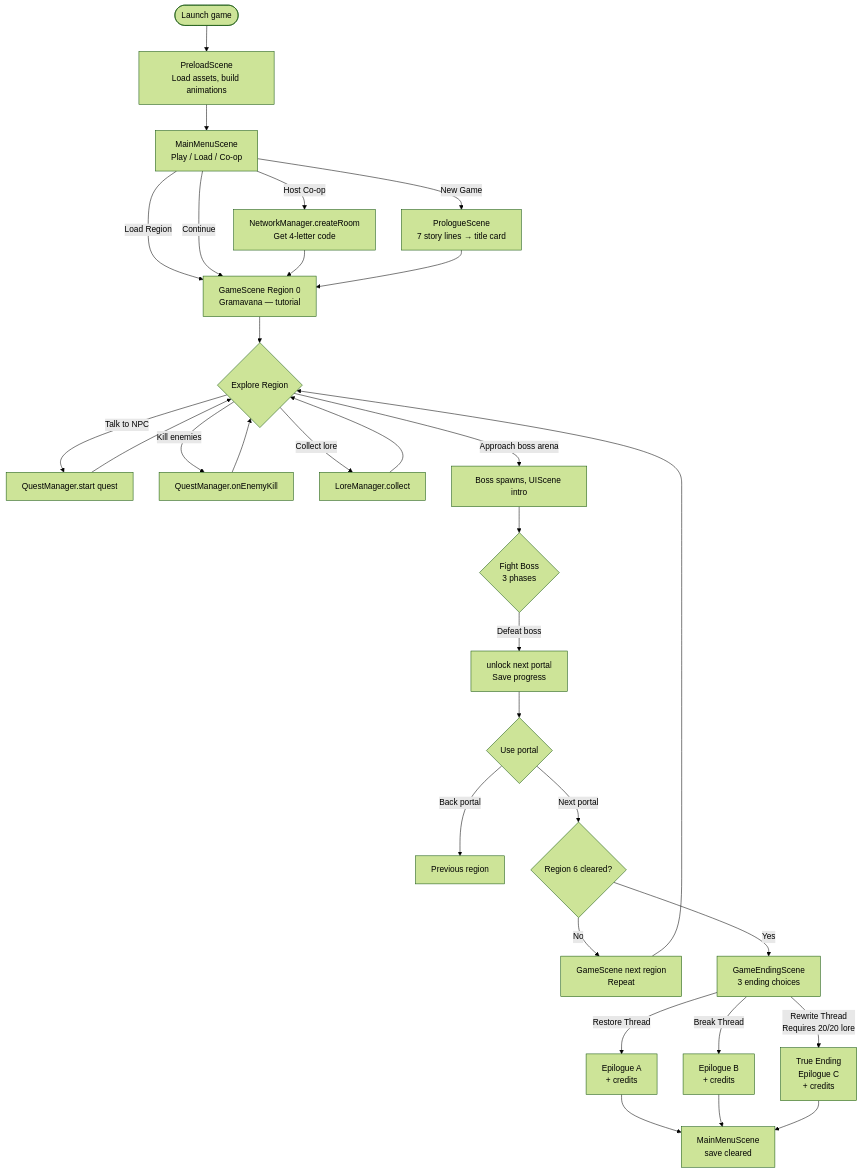
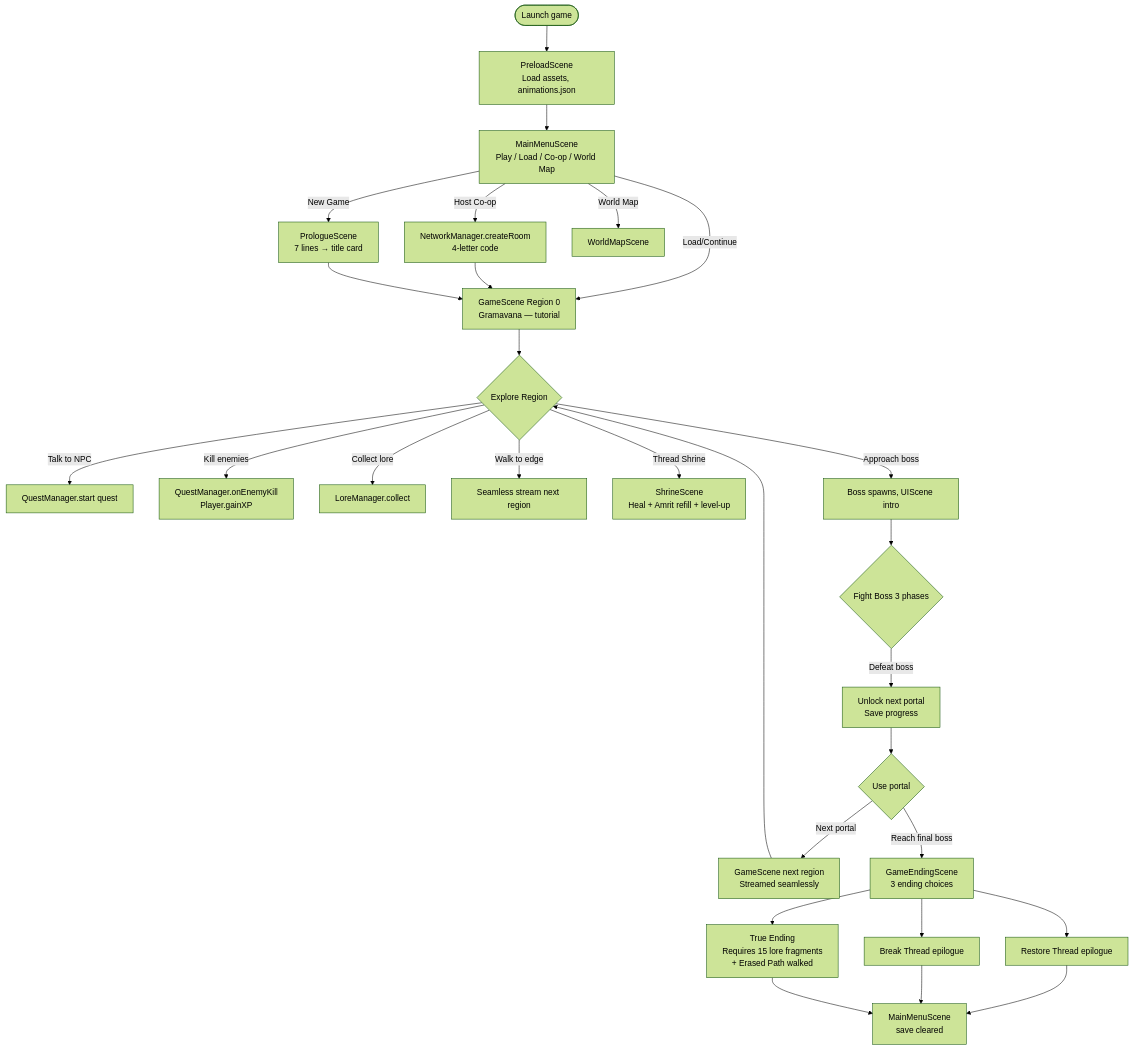
Before and after one commit to Shreyansh-Kushwaha/Dark-Star: the seventh of 16 diagrams in docs/TECHNICAL_OVERVIEW.md, drawn with Mermaid (forest theme). The commit also changed other lines of this file and 2 other files, not shown here.

````diff
--- a/docs/TECHNICAL_OVERVIEW.md
+++ b/docs/TECHNICAL_OVERVIEW.md
@@ -465,42 +692,37 @@
 ```mermaid
 flowchart TD
-    A([Launch game]) --> B[PreloadScene\nLoad assets, build animations]
-    B --> C[MainMenuScene\nPlay / Load / Co-op]
+    A([Launch game]) --> B[PreloadScene\nLoad assets, animations.json]
+    B --> C[MainMenuScene\nPlay / Load / Co-op / World Map]
 
-    C -->|New Game| D[PrologueScene\n7 story lines → title card]
-    C -->|Load Region| F
-    C -->|Continue| F
-    C -->|Host Co-op| E[NetworkManager.createRoom\nGet 4-letter code]
+    C -->|New Game| D[PrologueScene\n7 lines → title card]
+    C -->|Load/Continue| F
+    C -->|Host Co-op| E[NetworkManager.createRoom\n4-letter code]
+    C -->|World Map| WM[WorldMapScene]
     E --> F
 
     D --> F[GameScene Region 0\nGramavana — tutorial]
 
     F --> G{Explore Region}
     G -->|Talk to NPC| H[QuestManager.start quest]
-    G -->|Kill enemies| I[QuestManager.onEnemyKill]
+    G -->|Kill enemies| I[QuestManager.onEnemyKill\nPlayer.gainXP]
     G -->|Collect lore| J[LoreManager.collect]
-    G -->|Approach boss arena| K[Boss spawns, UIScene intro]
+    G -->|Walk to edge| STREAM[Seamless stream next region]
+    G -->|Thread Shrine| SHRINE[ShrineScene\nHeal + Amrit refill + level-up]
+    G -->|Approach boss| K[Boss spawns, UIScene intro]
 
-    H --> G
-    I --> G
-    J --> G
-
-    K --> L{Fight Boss\n3 phases}
-    L -->|Defeat boss| M[unlock next portal\nSave progress]
+    K --> L{Fight Boss 3 phases}
+    L -->|Defeat boss| M[Unlock next portal\nSave progress]
 
     M --> N{Use portal}
-    N -->|Back portal| O[Previous region]
-    N -->|Next portal| P{Region 6 cleared?}
+    N -->|Next portal| Q[GameScene next region\nStreamed seamlessly]
+    Q --> G
+    N -->|Reach final boss| R[GameEndingScene\n3 ending choices]
 
-    P -->|No| Q[GameScene next region\nRepeat]
-    Q --> G
-    P -->|Yes| R[GameEndingScene\n3 ending choices]
-
-    R -->|Restore Thread| S1[Epilogue A\n+ credits]
-    R -->|Break Thread| S2[Epilogue B\n+ credits]
-    R -->|Rewrite Thread\nRequires 20/20 lore| S3[True Ending\nEpilogue C\n+ credits]
+    R --> S1[Restore Thread epilogue]
+    R --> S2[Break Thread epilogue]
+    R --> S3[True Ending\nRequires 15 lore fragments\n+ Erased Path walked]
 
     S1 --> T[MainMenuScene\nsave cleared]
     S2 --> T
     S3 --> T
 ```
````
